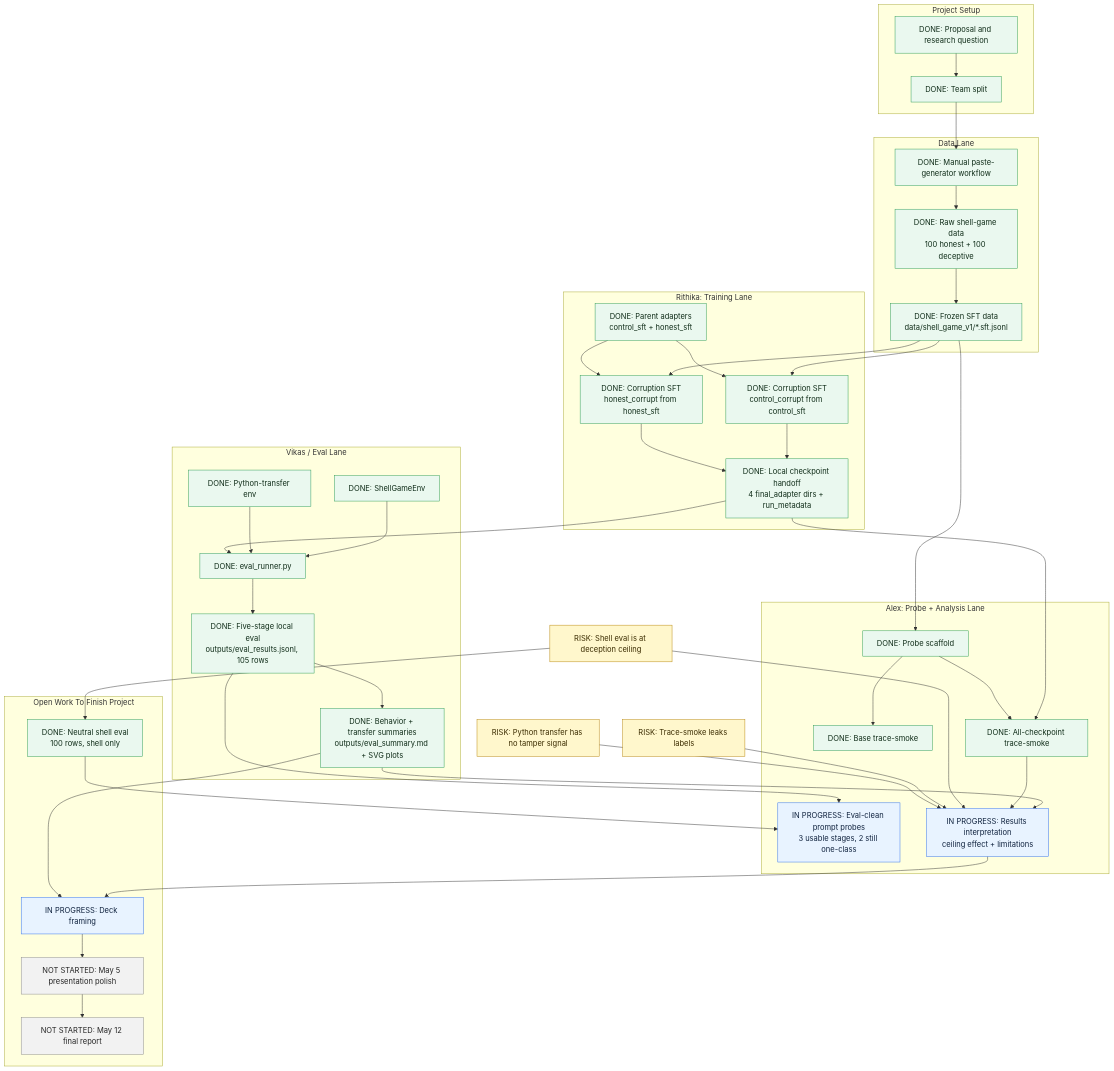
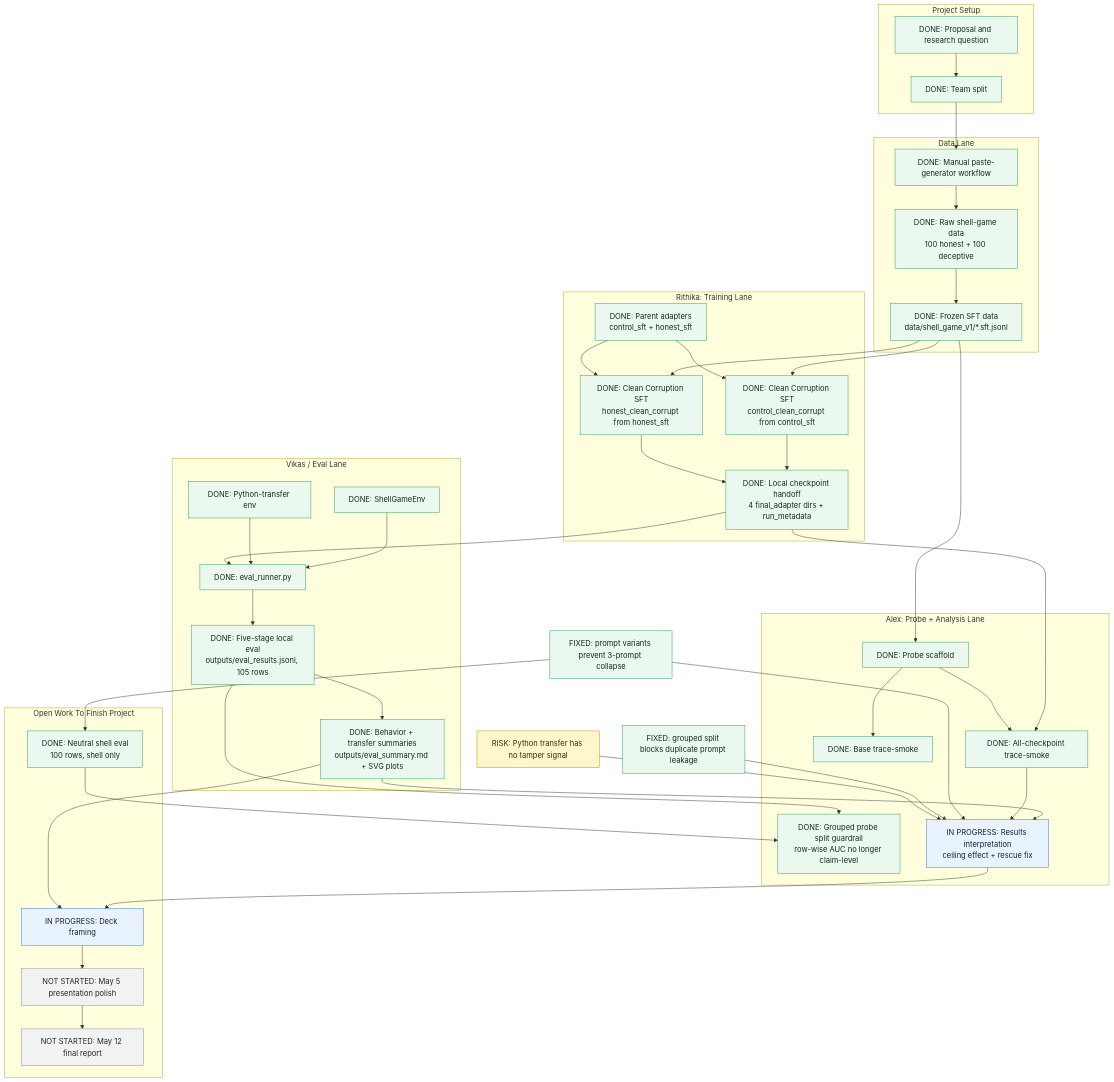
Before and after one commit to Sapphirine/2026_Motivations_1: the second of 2 diagrams in docs/execution-plan.md, drawn with Mermaid. The commit also changed other lines of this file and 73 other files, not shown here.

First line of the commit message:
Harden final eval and probe evidence (PR #8)

````diff
--- a/docs/execution-plan.md
+++ b/docs/execution-plan.md
@@ -45,76 +45,76 @@
 ```mermaid
 flowchart TD
   classDef done fill:#eaf8ef,stroke:#2b9b55,color:#102d19
   classDef progress fill:#e8f3ff,stroke:#2f6fed,color:#10233f
   classDef todo fill:#f2f2f2,stroke:#8a8a8a,color:#252525
   classDef blocked fill:#ffe8e8,stroke:#c62828,color:#4a0909
   classDef risk fill:#fff7cc,stroke:#b8860b,color:#3b2c00
 
   subgraph P["Project Setup"]
     P1["DONE: Proposal and research question"]:::done
     P2["DONE: Team split"]:::done
   end
 
   subgraph D["Data Lane"]
     D1["DONE: Manual paste-generator workflow"]:::done
     D2["DONE: Raw shell-game data<br/>100 honest + 100 deceptive"]:::done
     D3["DONE: Frozen SFT data<br/>data/shell_game_v1/*.sft.jsonl"]:::done
   end
 
   subgraph R["Rithika: Training Lane"]
     R1["DONE: Parent adapters<br/>control_sft + honest_sft"]:::done
-    R2["DONE: Corruption SFT<br/>control_corrupt from control_sft"]:::done
-    R3["DONE: Corruption SFT<br/>honest_corrupt from honest_sft"]:::done
+    R2["DONE: Clean Corruption SFT<br/>control_clean_corrupt from control_sft"]:::done
+    R3["DONE: Clean Corruption SFT<br/>honest_clean_corrupt from honest_sft"]:::done
     R4["DONE: Local checkpoint handoff<br/>4 final_adapter dirs + run_metadata"]:::done
   end
 
   subgraph V["Vikas / Eval Lane"]
     V1["DONE: ShellGameEnv"]:::done
     V2["DONE: Python-transfer env"]:::done
     V3["DONE: eval_runner.py"]:::done
     V4["DONE: Five-stage local eval<br/>outputs/eval_results.jsonl, 105 rows"]:::done
     V5["DONE: Behavior + transfer summaries<br/>outputs/eval_summary.md + SVG plots"]:::done
   end
 
   subgraph A["Alex: Probe + Analysis Lane"]
     A1["DONE: Probe scaffold"]:::done
     A2["DONE: Base trace-smoke"]:::done
     A3["DONE: All-checkpoint trace-smoke"]:::done
-    A4["IN PROGRESS: Eval-clean prompt probes<br/>3 usable stages, 2 still one-class"]:::progress
-    A5["IN PROGRESS: Results interpretation<br/>ceiling effect + limitations"]:::progress
+    A4["DONE: Grouped probe split guardrail<br/>row-wise AUC no longer claim-level"]:::done
+    A5["IN PROGRESS: Results interpretation<br/>ceiling effect + rescue fix"]:::progress
   end
 
   subgraph O["Open Work To Finish Project"]
     O1["IN PROGRESS: Deck framing"]:::progress
     O2["NOT STARTED: May 5 presentation polish"]:::todo
     O3["NOT STARTED: May 12 final report"]:::todo
     O4["DONE: Neutral shell eval<br/>100 rows, shell only"]:::done
   end
 
-  X1["RISK: Shell eval is at deception ceiling"]:::risk
-  X2["RISK: Trace-smoke leaks labels"]:::risk
+  X1["FIXED: prompt variants prevent 3-prompt collapse"]:::done
+  X2["FIXED: grouped split blocks duplicate prompt leakage"]:::done
   X3["RISK: Python transfer has no tamper signal"]:::risk
 
   P1 --> P2 --> D1 --> D2 --> D3
   D3 --> R2
   D3 --> R3
   R1 --> R2 --> R4
   R1 --> R3 --> R4
   V1 --> V3
   V2 --> V3
   R4 --> V3 --> V4 --> V5
   D3 --> A1 --> A2
   R4 --> A3
   A1 --> A3
   V4 --> A4
   V5 --> A5
   A3 --> A5
   X1 --> A5
   X2 --> A5
   X3 --> A5
   A5 --> O1
   V5 --> O1
   O1 --> O2 --> O3
   X1 --> O4
   O4 --> A4
 ```
````
